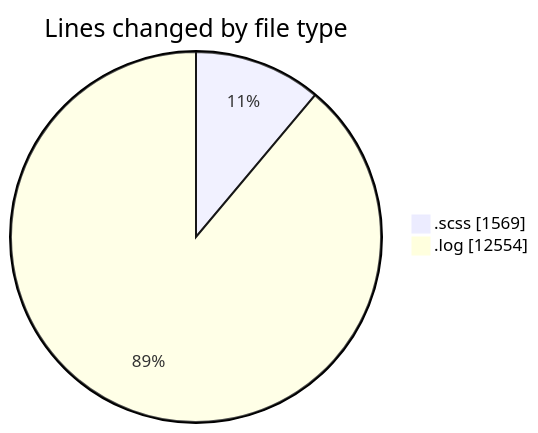
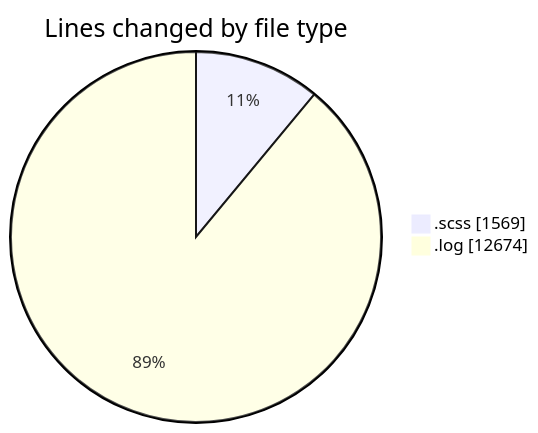
The first of 2 diagrams in 2026-01-21/cda/README.md (momahboobian/code-tracking), drawn with Mermaid before and after one commit. The commit also changed other lines of this file and 1 other file, not shown here.

````diff
--- a/2026-01-21/cda/README.md
+++ b/2026-01-21/cda/README.md
@@ -26,6 +26,6 @@
 ```mermaid
 pie showData
 title Lines changed by file type
 ".scss" : 1569
-".log" : 12554
+".log" : 12674
 ```
````
